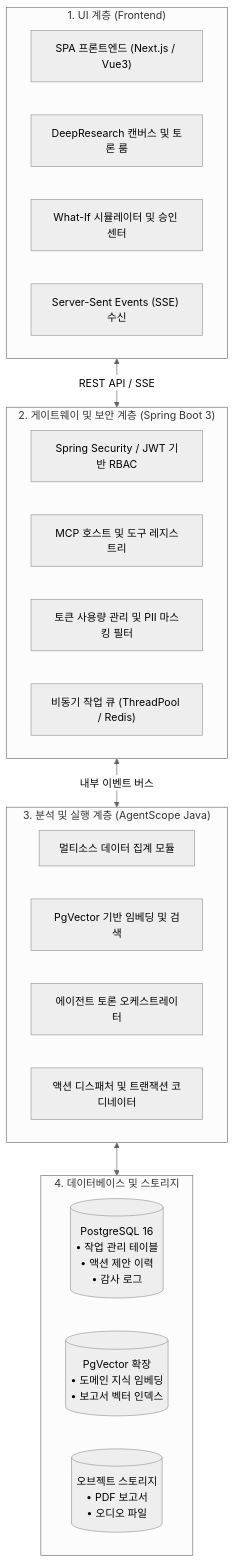
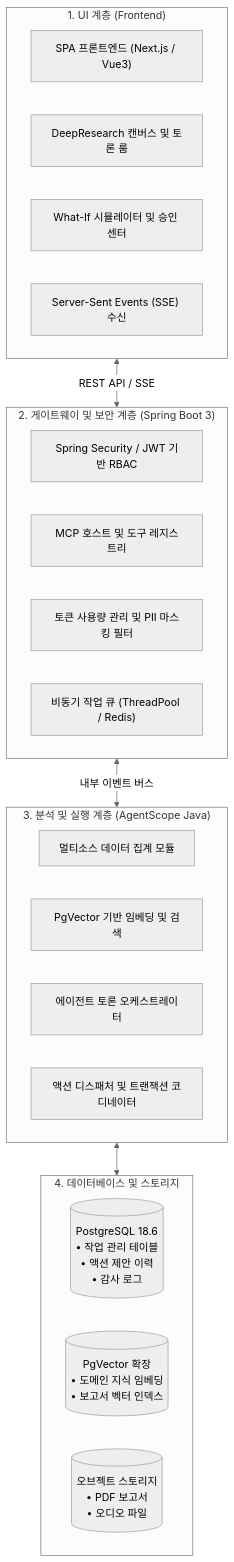
The first of 2 diagrams in ko/syncinsight/architecture.md (DramaticCollaboration/doc.github.io), drawn with Mermaid (neutral theme) before and after one commit. The commit also changed other lines of this file and 437 other files, not shown here.

````diff
--- a/ko/syncinsight/architecture.md
+++ b/ko/syncinsight/architecture.md
@@ -31,33 +31,33 @@
 ```mermaid
 flowchart TD
     subgraph Client_Tier ["1. UI 계층 (Frontend)"]
         UI_SPA["SPA 프론트엔드 (Next.js / Vue3)"]
         UI_CANVAS["DeepResearch 캔버스 및 토론 룸"]
         UI_SIM["What-If 시뮬레이터 및 승인 센터"]
         UI_STREAM["Server-Sent Events (SSE) 수신"]
     end
 
     subgraph API_Gateway_Tier ["2. 게이트웨이 및 보안 계층 (Spring Boot 3)"]
         AUTH["Spring Security / JWT 기반 RBAC"]
         MCP_SERVER["MCP 호스트 및 도구 레지스트리"]
         FINOPS_GUARD["토큰 사용량 관리 및 PII 마스킹 필터"]
         JOB_QUEUE["비동기 작업 큐 (ThreadPool / Redis)"]
     end
 
     subgraph Core_Engine_Tier ["3. 분석 및 실행 계층 (AgentScope Java)"]
         AGGREGATOR["멀티소스 데이터 집계 모듈"]
         RAG_PIPELINE["PgVector 기반 임베딩 및 검색"]
         DEBATE_ORCH["에이전트 토론 오케스트레이터"]
         ACTION_DISPATCH["액션 디스패처 및 트랜잭션 코디네이터"]
     end
 
     subgraph Persistence_Tier ["4. 데이터베이스 및 스토리지"]
-        PG_DB[("PostgreSQL 16\n• 작업 관리 테이블\n• 액션 제안 이력\n• 감사 로그")]
+        PG_DB[("PostgreSQL 18.6\n• 작업 관리 테이블\n• 액션 제안 이력\n• 감사 로그")]
         VECTOR_DB[("PgVector 확장\n• 도메인 지식 임베딩\n• 보고서 벡터 인덱스")]
         STORAGE[("오브젝트 스토리지\n• PDF 보고서\n• 오디오 파일")]
     end
 
     Client_Tier <-->|REST API / SSE| API_Gateway_Tier
     API_Gateway_Tier <-->|내부 이벤트 버스| Core_Engine_Tier
     Core_Engine_Tier <--> Persistence_Tier
 ```
````
